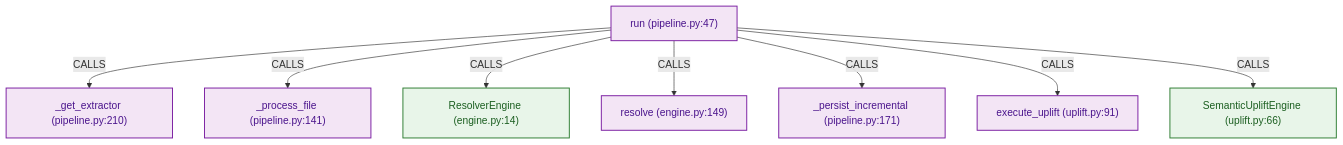
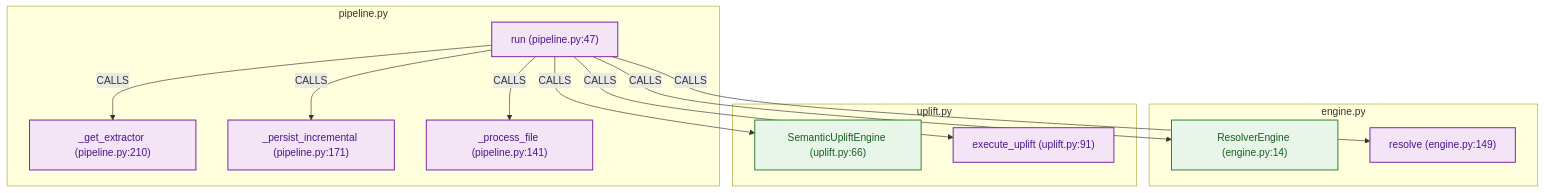
Before and after one commit to zaebee/codegraph-brain: the second of 2 diagrams in README.md, drawn with Mermaid. The commit also changed 1 other file, not shown here.

Commit message:
docs: auto-sync architecture graph and MCP reference (#85)

````diff
--- a/README.md
+++ b/README.md
@@ -92,26 +92,32 @@
 ```mermaid
 graph TD
 classDef classNode fill:#e8f5e9,stroke:#2e7d32,stroke-width:1.5px,color:#1b5e20;
 classDef funcNode fill:#e3f2fd,stroke:#1565c0,stroke-width:1.5px,color:#0d47a1;
 classDef methodNode fill:#f3e5f5,stroke:#7b1fa2,stroke-width:1.5px,color:#4a148c;
 classDef unresolvedNode fill:#fffde7,stroke:#fbc02d,stroke-width:1.5px,stroke-dasharray: 4 4,color:#f57f17;
 classDef defaultNode fill:#fafafa,stroke:#9e9e9e,stroke-width:1.5px,color:#212121;
 classDef stdlibNode fill:#eceff1,stroke:#607d8b,stroke-width:1px,color:#455a64;
 classDef externalNode fill:#fff3e0,stroke:#e65100,stroke-width:1px,stroke-dasharray: 3 3,color:#bf360c;
 
-    n_0f875e605375c329869f67b3fb05ca43["_get_extractor (pipeline.py:210)"]:::methodNode
-    n_705d8fa6977288feb6d561fe353917bd["_persist_incremental (pipeline.py:171)"]:::methodNode
-    n_69ab802205de25759be41c9155266b2c["_process_file (pipeline.py:141)"]:::methodNode
-    n_380356b2071cde8dd55ba6287e99bd8a["run (pipeline.py:47)"]:::methodNode
-    n_ebda4de8e05ef057deb454e72894302d["ResolverEngine (engine.py:14)"]:::classNode
-    n_e75ca2e29418d9c85a1a14b7069c25d9["resolve (engine.py:149)"]:::methodNode
-    n_2dda32fbe79232f92feae85b97527aff["SemanticUpliftEngine (uplift.py:66)"]:::classNode
-    n_aafcdc9602017019ffdfedea66173d0e["execute_uplift (uplift.py:91)"]:::methodNode
+    subgraph n_9881ca900b7c44fd13c9206dbb6b1f1c["pipeline.py"]
+        n_0f875e605375c329869f67b3fb05ca43["_get_extractor (pipeline.py:210)"]:::methodNode
+        n_705d8fa6977288feb6d561fe353917bd["_persist_incremental (pipeline.py:171)"]:::methodNode
+        n_69ab802205de25759be41c9155266b2c["_process_file (pipeline.py:141)"]:::methodNode
+        n_380356b2071cde8dd55ba6287e99bd8a["run (pipeline.py:47)"]:::methodNode
+    end
+    subgraph n_724e82bcada88588298dcf4c3336e3f5["engine.py"]
+        n_ebda4de8e05ef057deb454e72894302d["ResolverEngine (engine.py:14)"]:::classNode
+        n_e75ca2e29418d9c85a1a14b7069c25d9["resolve (engine.py:149)"]:::methodNode
+    end
+    subgraph n_b64d9821d81a859afcf762f9892f0b4a["uplift.py"]
+        n_2dda32fbe79232f92feae85b97527aff["SemanticUpliftEngine (uplift.py:66)"]:::classNode
+        n_aafcdc9602017019ffdfedea66173d0e["execute_uplift (uplift.py:91)"]:::methodNode
+    end
     n_380356b2071cde8dd55ba6287e99bd8a -->|CALLS| n_0f875e605375c329869f67b3fb05ca43
     n_380356b2071cde8dd55ba6287e99bd8a -->|CALLS| n_69ab802205de25759be41c9155266b2c
     n_380356b2071cde8dd55ba6287e99bd8a -->|CALLS| n_ebda4de8e05ef057deb454e72894302d
     n_380356b2071cde8dd55ba6287e99bd8a -->|CALLS| n_e75ca2e29418d9c85a1a14b7069c25d9
     n_380356b2071cde8dd55ba6287e99bd8a -->|CALLS| n_705d8fa6977288feb6d561fe353917bd
     n_380356b2071cde8dd55ba6287e99bd8a -->|CALLS| n_aafcdc9602017019ffdfedea66173d0e
     n_380356b2071cde8dd55ba6287e99bd8a -->|CALLS| n_2dda32fbe79232f92feae85b97527aff
 ```
````
